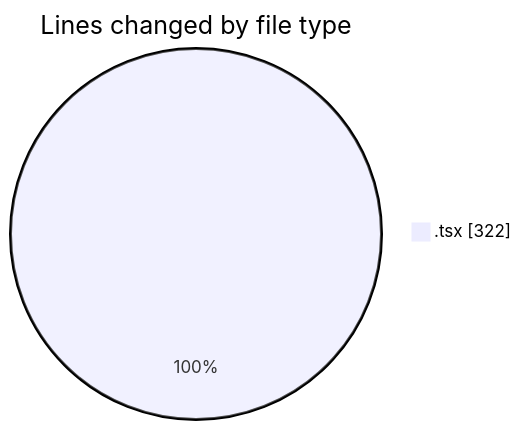
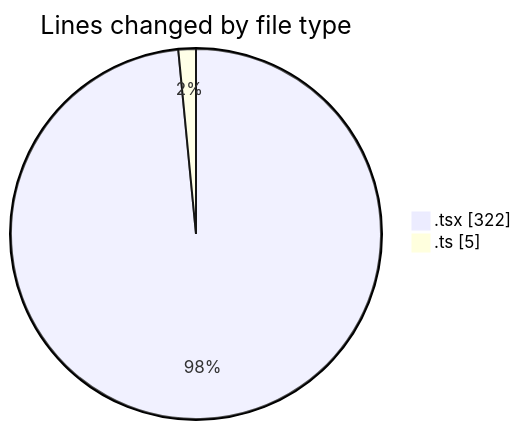
Before and after one commit to julien-gomy/code-tracking: the first of 2 diagrams in 2025-10-16/eventscop-frontend-guide__workspace_/README.md, drawn with Mermaid. The commit also changed other lines of this file and 1 other file, not shown here.

````diff
--- a/2025-10-16/eventscop-frontend-guide__workspace_/README.md
+++ b/2025-10-16/eventscop-frontend-guide__workspace_/README.md
@@ -22,5 +24,6 @@
 ```mermaid
 pie showData
 title Lines changed by file type
 ".tsx" : 322
+".ts" : 5
 ```
````
